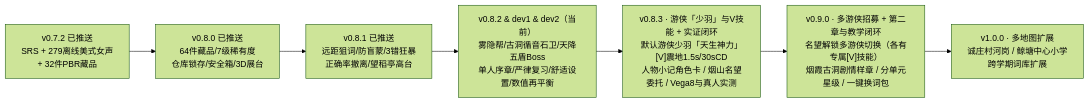
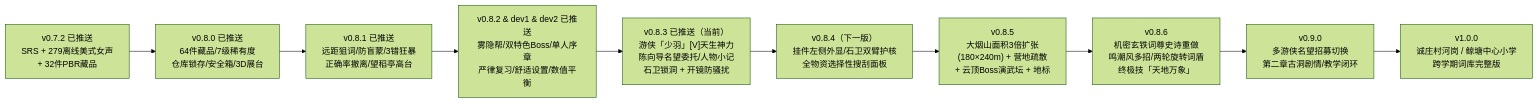
One commit to dingzhw/yanshan_force changed the diagram in docs/游戏发展路线图.md. Above: the diagram before and after it, drawn with Mermaid (forest theme). The commit also changed other lines of this file and 38 other files, not shown here.

````diff
--- a/docs/游戏发展路线图.md
+++ b/docs/游戏发展路线图.md
@@ -10,12 +10,15 @@
 ```mermaid
 flowchart LR
     V072["v0.7.2 已推送<br/>SRS + 279离线美式女声<br/>+ 32件PBR藏品"]
     V080["v0.8.0 已推送<br/>64件藏品/7级稀有度<br/>仓库锁存/安全箱/3D展台"]
     V081["v0.8.1 已推送<br/>远距狙词/防盲蒙/3错狂暴<br/>正确率撤离/望稻亭高台"]
-    V082["v0.8.2 & dev1 & dev2（当前）<br/>雾隐帮/古洞循音石卫/天降五盾Boss<br/>单人序章/严律复习/舒适设置/数值再平衡"]
-    V083["v0.8.3 · 游侠「少羽」与V技能 + 实证闭环<br/>默认游侠少羽「天生神力」[V]震地1.5s/30sCD<br/>人物小记角色卡 / 烟山名望委托 / Vega8与真人实测"]
-    V090["v0.9.0 · 多游侠招募 + 第二章与教学闭环<br/>名望解锁多游侠切换（各有专属[V]技能）<br/>烟霞古洞剧情样章 / 分单元星级 / 一键换词包"]
-    V100["v1.0.0 · 多地图扩展<br/>诚庄村河岗 / 鲸塘中心小学<br/>跨学期词库扩展"]
+    V082["v0.8.2 & dev1 & dev2 已推送<br/>雾隐帮/双特色Boss/单人序章<br/>严律复习/舒适设置/数值平衡"]
+    V083["v0.8.3 已推送（当前）<br/>游侠「少羽」[V]天生神力<br/>陈向导名望委托/人物小记<br/>石卫锁洞 + 开镜防骚扰"]
+    V084["v0.8.4（下一版）<br/>挂件左侧外显/石卫双臂护核<br/>全物资选择性搜刮面板"]
+    V085["v0.8.5<br/>大烟山面积3倍扩张<br/>(180×240m) + 营地疏散<br/>+ 云顶Boss演武坛 + 地标"]
+    V086["v0.8.6<br/>机密玄铁词尊史诗重做<br/>鸣潮风多招/两轮旋转词盾<br/>终极技「天地万象」"]
+    V090["v0.9.0<br/>多游侠名望招募切换<br/>第二章古洞剧情/教学闭环"]
+    V100["v1.0.0<br/>诚庄村河岗 / 鲸塘中心小学<br/>跨学期词库完整版"]
 
-    V072 --> V080 --> V081 --> V082 --> V083 --> V090 --> V100
+    V072 --> V080 --> V081 --> V082 --> V083 --> V084 --> V085 --> V086 --> V090 --> V100
 ```
````
